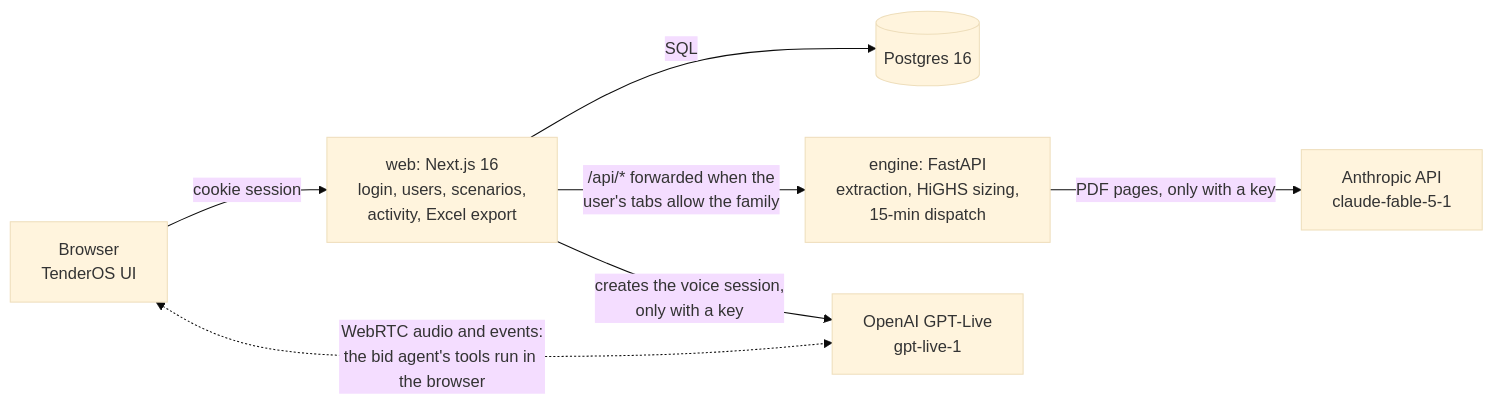
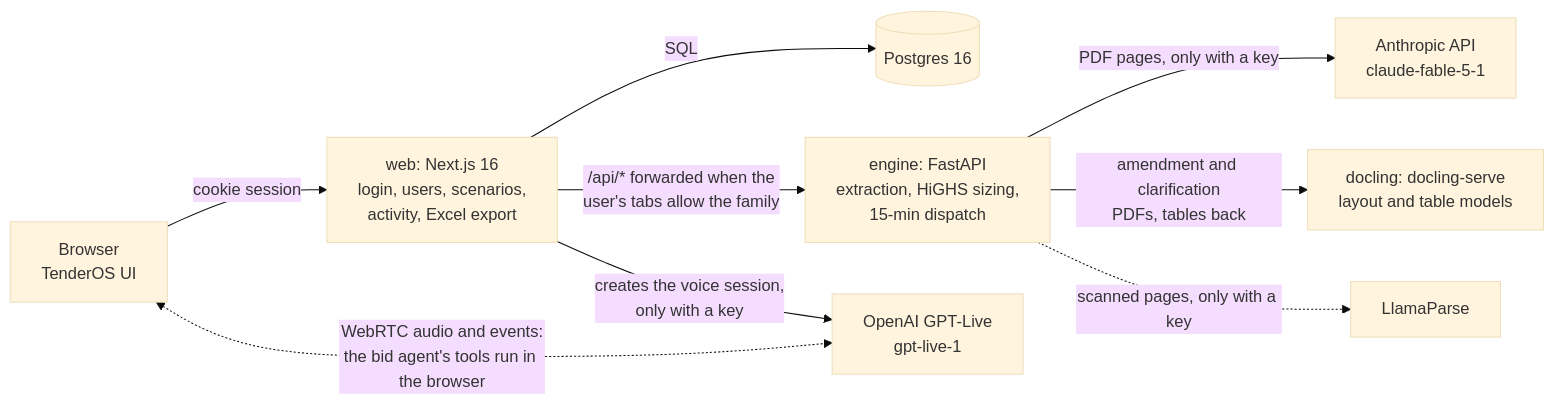
The diagram in docs/ARCHITECTURE.md (Ergplan/tenderos), drawn with Mermaid (base theme) before and after one commit. The commit also changed other lines of this file and 3 other files, not shown here.

First line of the commit message:
Compose: docling-serve service for tender sets; LLAMA_CLOUD_API_KEY

````diff
--- a/docs/ARCHITECTURE.md
+++ b/docs/ARCHITECTURE.md
@@ -3,9 +3,11 @@
 ```mermaid
 flowchart LR
   B[Browser<br/>TenderOS UI] -->|cookie session| W[web: Next.js 16<br/>login, users, scenarios,<br/>activity, Excel export]
   W -->|SQL| D[(Postgres 16)]
   W -->|/api/* forwarded when the<br/>user's tabs allow the family| E[engine: FastAPI<br/>extraction, HiGHS sizing,<br/>15-min dispatch]
   E -->|PDF pages, only with a key| A[Anthropic API<br/>claude-fable-5-1]
+  E -->|amendment and clarification<br/>PDFs, tables back| DL[docling: docling-serve<br/>layout and table models]
+  E -.->|scanned pages, only with a key| LP[LlamaParse]
   W -->|creates the voice session,<br/>only with a key| O[OpenAI GPT-Live<br/>gpt-live-1]
   B <-.->|WebRTC audio and events:<br/>the bid agent's tools run in the browser| O
 ```
````
